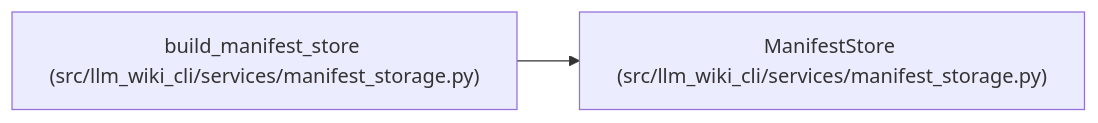
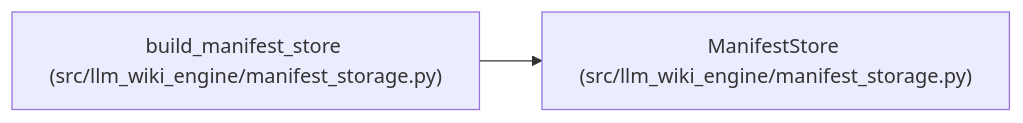
Before and after one commit to Denissvgn/python-wiki-llm: the diagram in docs/llm_wiki/entities/ManifestStore.md, drawn with Mermaid. The commit also changed other lines of this file and 1058 other files, not shown here.

First line of the commit message:
docs: refresh the wiki for the knowledge store move

````diff
--- a/docs/llm_wiki/entities/ManifestStore.md
+++ b/docs/llm_wiki/entities/ManifestStore.md
@@ -28,8 +28,8 @@
 ```mermaid
 flowchart LR
-    n0["ManifestStore (src/llm_wiki_cli/services/manifest_storage.py)"]
-    n1["build_manifest_store (src/llm_wiki_cli/services/manifest_storage.py)"]
+    n0["ManifestStore (src/llm_wiki_engine/manifest_storage.py)"]
+    n1["build_manifest_store (src/llm_wiki_engine/manifest_storage.py)"]
     n1 --> n0
     click n0 "../modules/manifest_storage.md"
     click n1 "../modules/manifest_storage.md"
 ```
````
